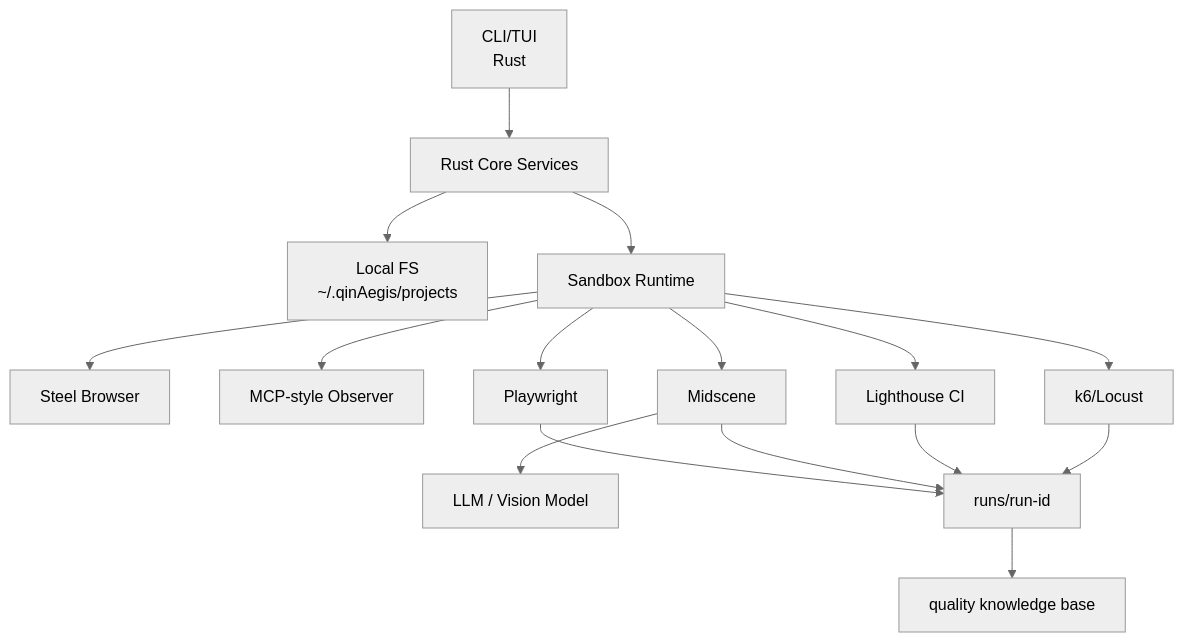
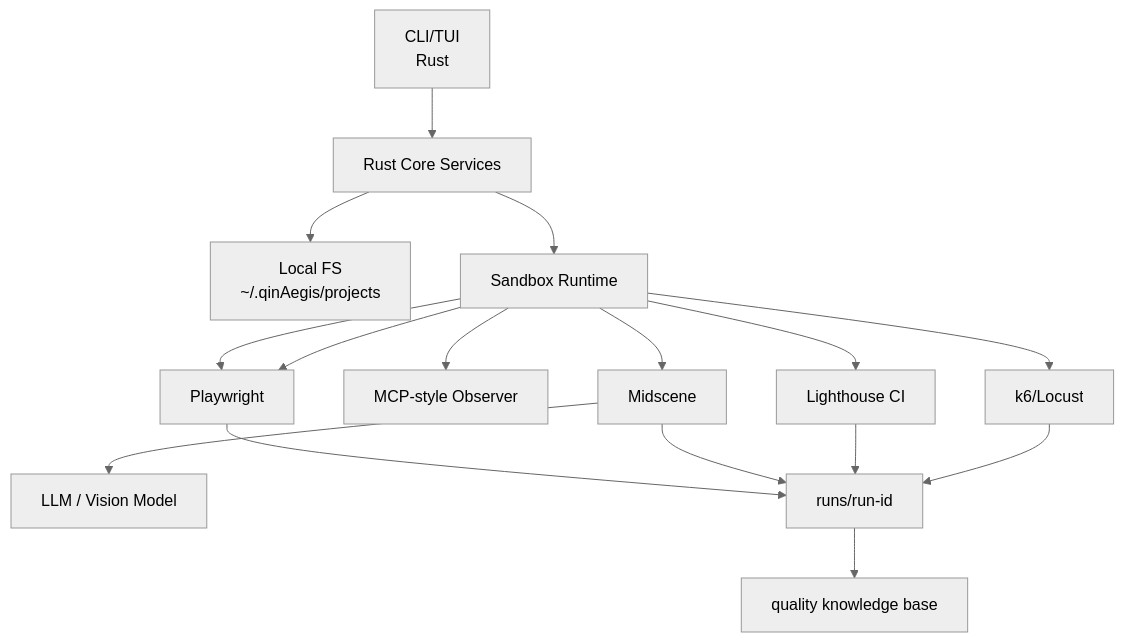
The first of 2 diagrams in README.md (mbpz/qinAegis), drawn with Mermaid (neutral theme) before and after one commit. The commit also changed other lines of this file and 2 other files, not shown here.

Commit message:
Align runtime docs with Playwright browser management
Update README, roadmap, and the sandbox adapter ADR to describe the Playwright-managed local browser runtime. This keeps the product and architecture docs aligned with the current branch direction while leaving non-document snapshot and worktree changes outside the commit.

Constraint: Commit documentation alignment only

Rejected: Keep Docker and Steel Browser as required runtime dependencies | current direction uses Playwright-managed local browsers

Confidence: medium

Scope-risk: narrow

Directive: Keep runtime setup docs synchronized with the selected sandbox adapter implementation

Tested: Reviewed diffs for README.md, qinAegis-platform-roadmap.md, and docs/adr/0005-sandbox-adapter.md

Not-tested: Clean-machine install and Playwright browser bootstrap

````diff
--- a/README.md
+++ b/README.md
@@ -93,20 +93,20 @@
 ```mermaid
 flowchart TB
     CLI[CLI/TUI<br/>Rust] --> Core[Rust Core Services]
     Core --> Storage[Local FS<br/>~/.qinAegis/projects]
     Core --> Runtime[Sandbox Runtime]
 
-    Runtime --> Steel[Steel Browser]
+    Runtime --> Playwright[Playwright]
     Runtime --> Observer[MCP-style Observer]
     Runtime --> Playwright[Playwright]
     Runtime --> Midscene[Midscene]
     Runtime --> Lighthouse[Lighthouse CI]
     Runtime --> Load[k6/Locust]
 
     Midscene --> Model[LLM / Vision Model]
     Playwright --> Runs[runs/run-id]
     Midscene --> Runs
     Lighthouse --> Runs
     Load --> Runs
     Runs --> Knowledge[quality knowledge base]
 ```
````
